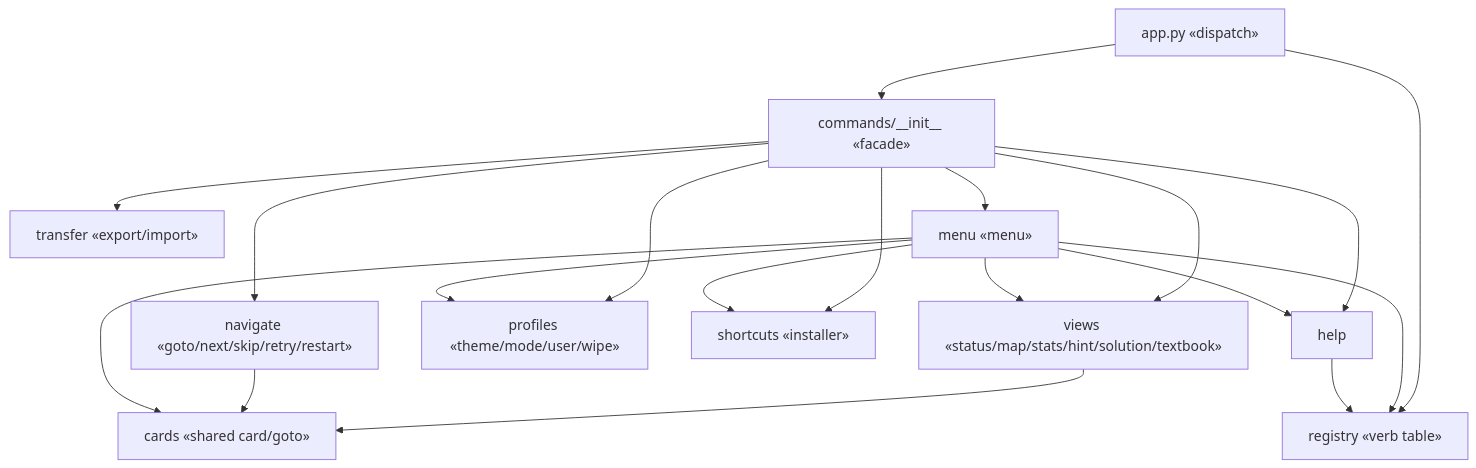
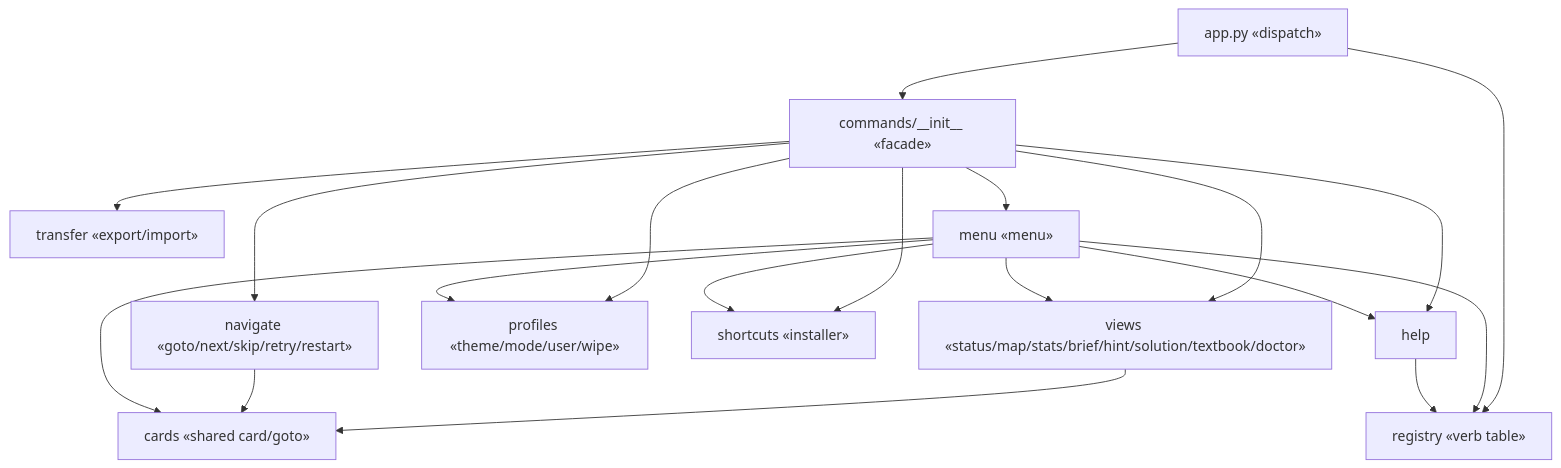
One commit to N041M/PyQuest changed the first of 4 diagrams in docs/diagrams/commands.md. Above: the diagram before and after it, drawn with Mermaid. The commit also changed other lines of this file and 23 other files, not shown here.

````diff
--- a/docs/diagrams/commands.md
+++ b/docs/diagrams/commands.md
@@ -8,21 +8,21 @@
 ```mermaid
 flowchart TB
     app["app.py «dispatch»"] --> registry["registry «verb table»"]
     app --> init["commands/__init__ «facade»"]
-    init --> views["views «status/map/stats/hint/solution/textbook»"]
+    init --> views["views «status/map/stats/brief/hint/solution/textbook/doctor»"]
     init --> nav["navigate «goto/next/skip/retry/restart»"]
     init --> profiles["profiles «theme/mode/user/wipe»"]
     init --> transfer["transfer «export/import»"]
     init --> shortcuts["shortcuts «installer»"]
     init --> menu["menu «menu»"]
     init --> help["help"]
     views --> cards["cards «shared card/goto»"]
     nav --> cards
     menu --> cards
     menu --> profiles
     menu --> shortcuts
     menu --> views
     menu --> help
     menu --> registry
     help --> registry
 ```
````
